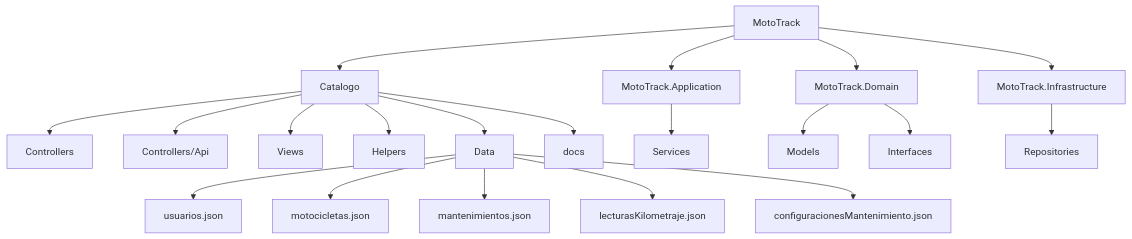
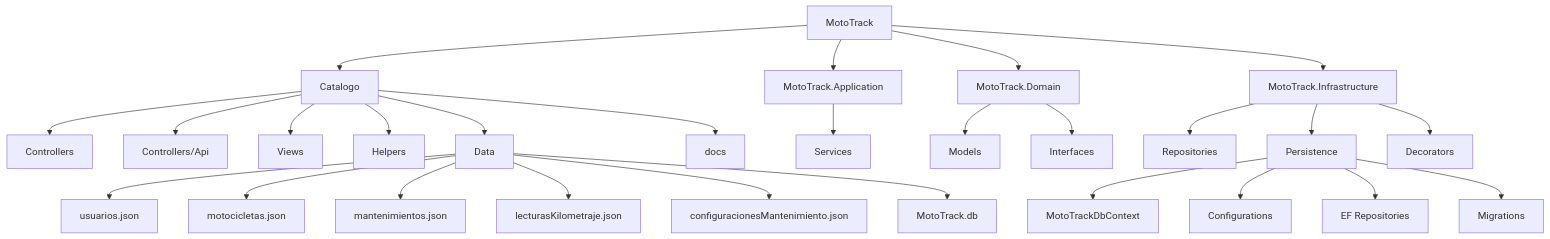
The diagram in docs/diagramas/vista-fisica.md (Dave2826/ArqSoft-S01-DavidMorales), drawn with Mermaid before and after one commit. The commit also changed other lines of this file and 6 other files, not shown here.

Commit message:
docs(architecture): update documentation for ef core migration

````diff
--- a/docs/diagramas/vista-fisica.md
+++ b/docs/diagramas/vista-fisica.md
@@ -7,30 +7,38 @@
 ```mermaid
 flowchart TB
 
     A[MotoTrack]
 
     A --> B[Catalogo]
     A --> C[MotoTrack.Application]
     A --> D[MotoTrack.Domain]
     A --> E[MotoTrack.Infrastructure]
 
     B --> F[Controllers]
     B --> F1[Controllers/Api]
     B --> G[Views]
     B --> H[Helpers]
     B --> I[Data]
     B --> J[docs]
 
     I --> J1[usuarios.json]
     I --> J2[motocicletas.json]
     I --> J3[mantenimientos.json]
     I --> J4[lecturasKilometraje.json]
     I --> J5[configuracionesMantenimiento.json]
+    I --> J6[MotoTrack.db]
 
     C --> K[Services]
 
     D --> L[Models]
     D --> M[Interfaces]
 
-    E --> N[Repositories]
+    E --> N1[Repositories]
+    E --> N2[Persistence]
+    E --> N3[Decorators]
+
+    N2 --> O1[MotoTrackDbContext]
+    N2 --> O2[Configurations]
+    N2 --> O3[EF Repositories]
+    N2 --> O4[Migrations]
 ```
````
